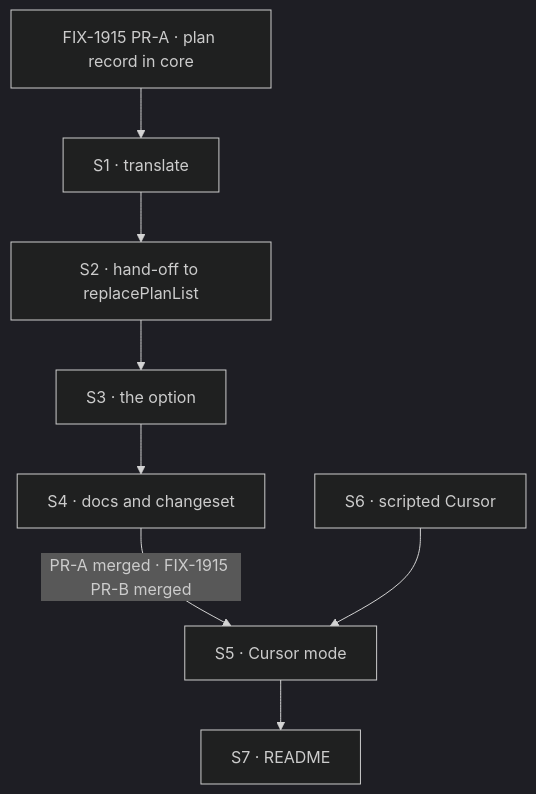
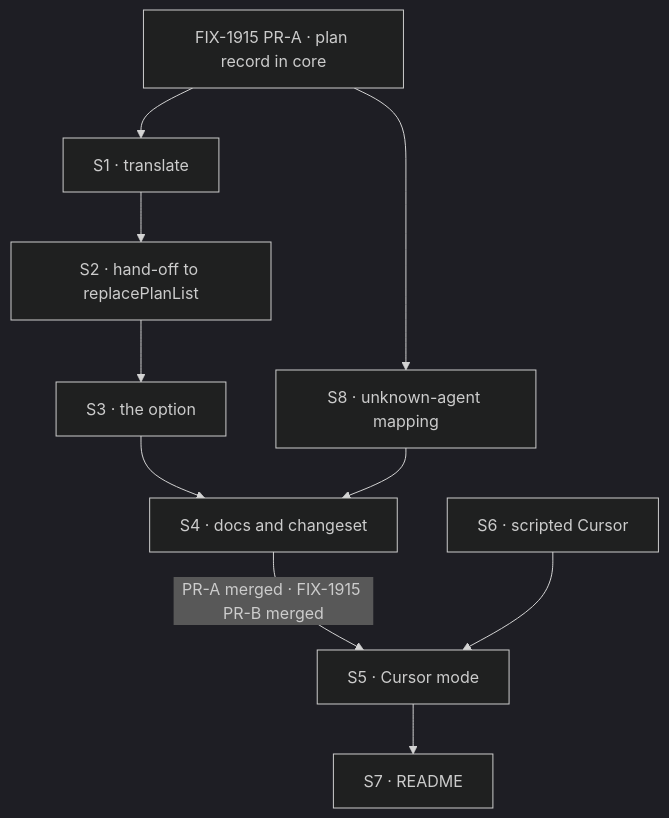
Before and after one commit to fixpoint-labs/flow-state-dev: the diagram in specs/issues/FIX-1917/PLAN.md, drawn with Mermaid (dark theme). The commit also changed other lines of this file and 13 other files, not shown here.

````diff
--- a/specs/issues/FIX-1917/PLAN.md
+++ b/specs/issues/FIX-1917/PLAN.md
@@ -27,10 +28,12 @@
 ```mermaid
 flowchart TD
   P1["FIX-1915 PR-A · plan record in core"] --> S1["S1 · translate"]
   S1 --> S2["S2 · hand-off to replacePlanList"]
   S2 --> S3["S3 · the option"]
   S3 --> S4["S4 · docs and changeset"]
+  P1 --> S8["S8 · unknown-agent mapping"]
+  S8 --> S4
   S4 -->|"PR-A merged · FIX-1915 PR-B merged"| S5["S5 · Cursor mode"]
   S6["S6 · scripted Cursor"] --> S5
   S5 --> S7["S7 · README"]
 ```
````
